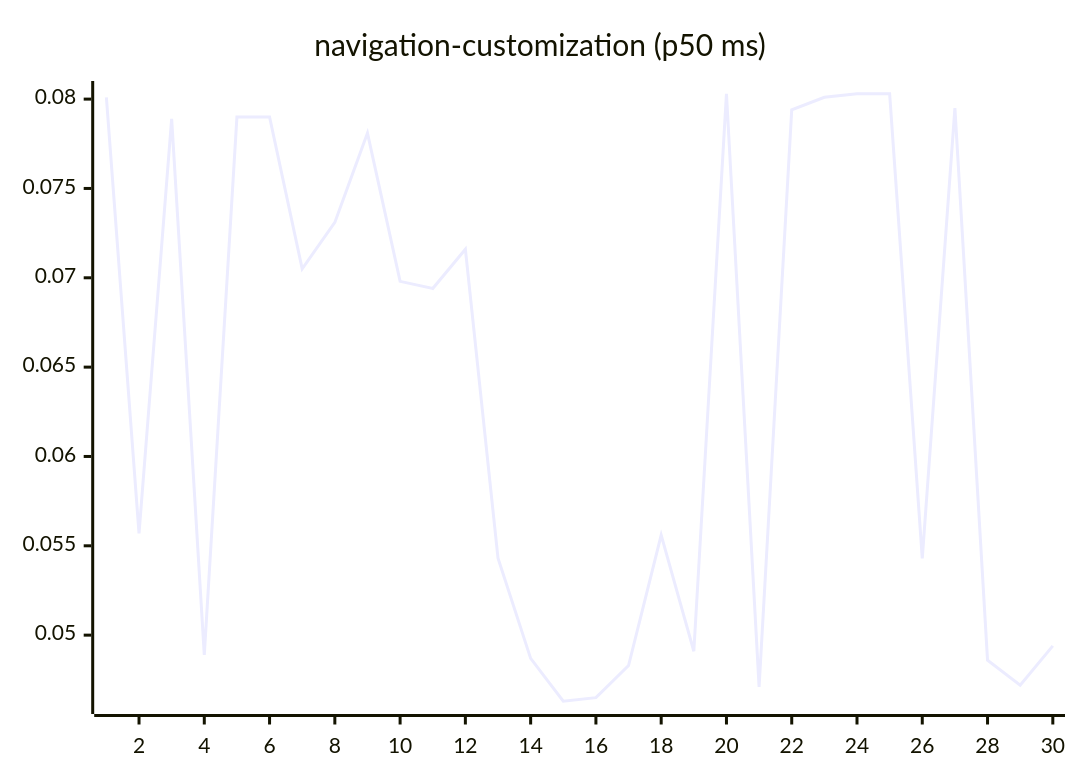
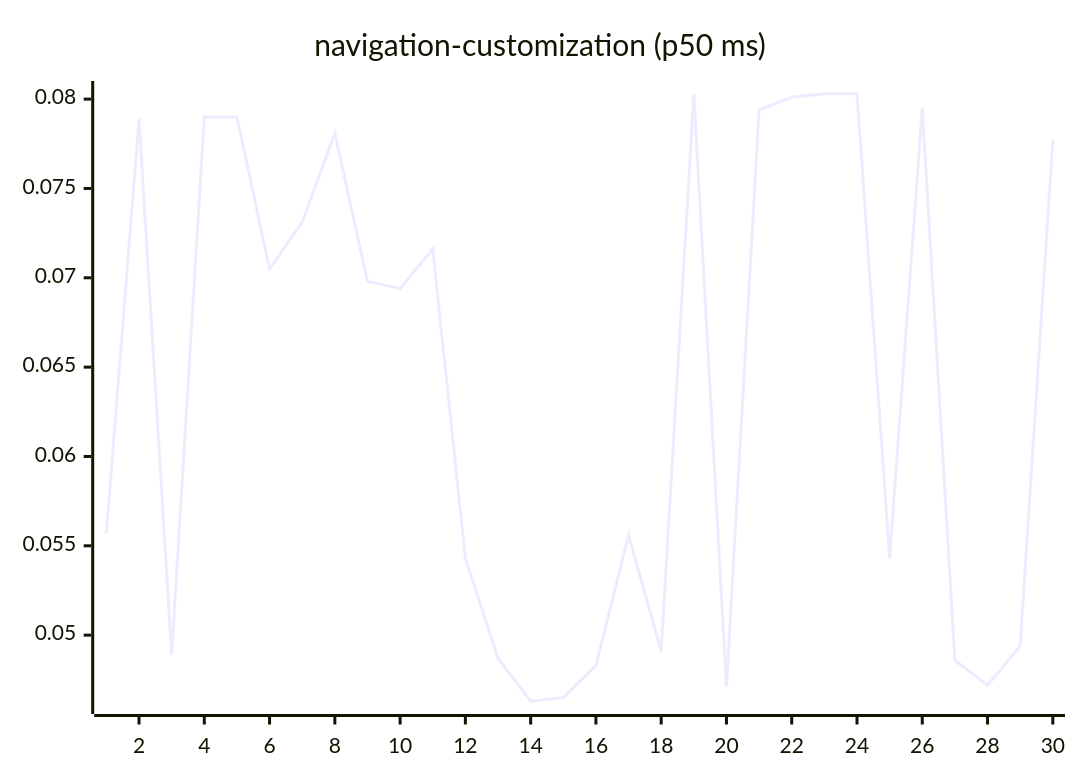
One commit to josha/Facet changed diagram 15 of 27 in README.md. Above: the diagram before and after it, drawn with Mermaid. The commit also changed other lines of this file and 2 other files, not shown here.

````diff
--- a/README.md
+++ b/README.md
@@ -161,6 +161,6 @@
 ```mermaid
 xychart-beta
     title "navigation-customization (p50 ms)"
     x-axis 1 --> 30
-    line [0.0801, 0.0557, 0.0789, 0.0489, 0.0790, 0.0790, 0.0705, 0.0731, 0.0781, 0.0698, 0.0694, 0.0716, 0.0543, 0.0487, 0.0463, 0.0465, 0.0483, 0.0556, 0.0491, 0.0803, 0.0471, 0.0794, 0.0801, 0.0803, 0.0803, 0.0543, 0.0795, 0.0486, 0.0472, 0.0494]
+    line [0.0557, 0.0789, 0.0489, 0.0790, 0.0790, 0.0705, 0.0731, 0.0781, 0.0698, 0.0694, 0.0716, 0.0543, 0.0487, 0.0463, 0.0465, 0.0483, 0.0556, 0.0491, 0.0803, 0.0471, 0.0794, 0.0801, 0.0803, 0.0803, 0.0543, 0.0795, 0.0486, 0.0472, 0.0494, 0.0777]
 ```
````
